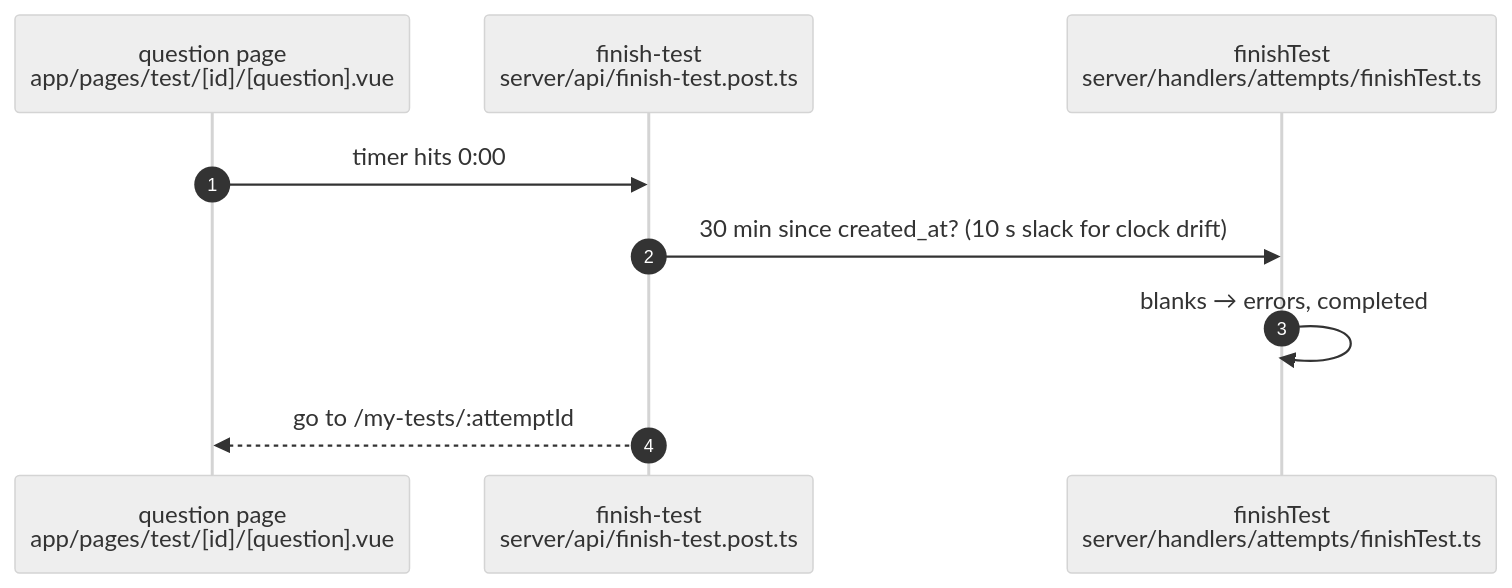
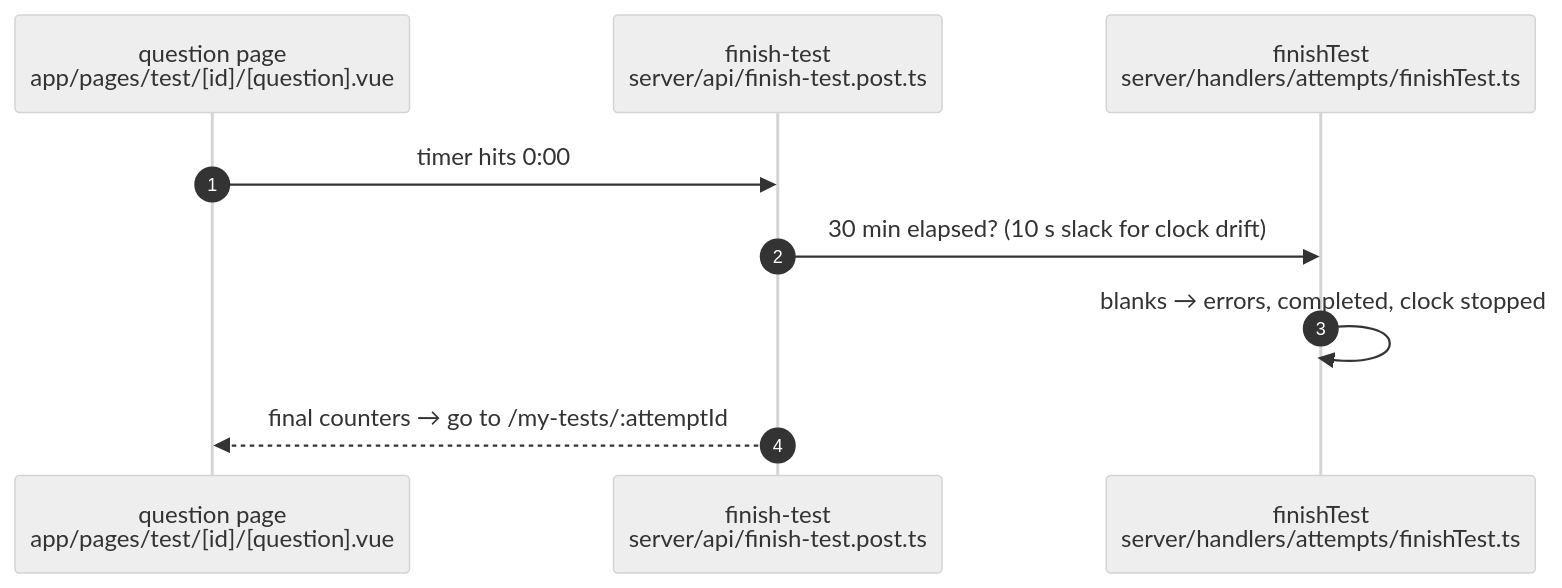
One commit to beatlz-too/dgtest changed the fifth of 6 diagrams in docs/refs/practice-tests.flow.md. Above: the diagram before and after it, drawn with Mermaid (neutral theme). The commit also changed other lines of this file and 32 other files, not shown here.

````diff
--- a/docs/refs/practice-tests.flow.md
+++ b/docs/refs/practice-tests.flow.md
@@ -83,11 +109,11 @@
 ```mermaid
 sequenceDiagram
   autonumber
   participant P as question page<br>app/pages/test/[id]/[question].vue
   participant E as finish-test<br>server/api/finish-test.post.ts
   participant H as finishTest<br>server/handlers/attempts/finishTest.ts
   P->>E: timer hits 0:00
-  E->>H: 30 min since created_at? (10 s slack for clock drift)
-  H->>H: blanks → errors, completed
-  E-->>P: go to /my-tests/:attemptId
+  E->>H: 30 min elapsed? (10 s slack for clock drift)
+  H->>H: blanks → errors, completed, clock stopped
+  E-->>P: final counters → go to /my-tests/:attemptId
 ```
````
